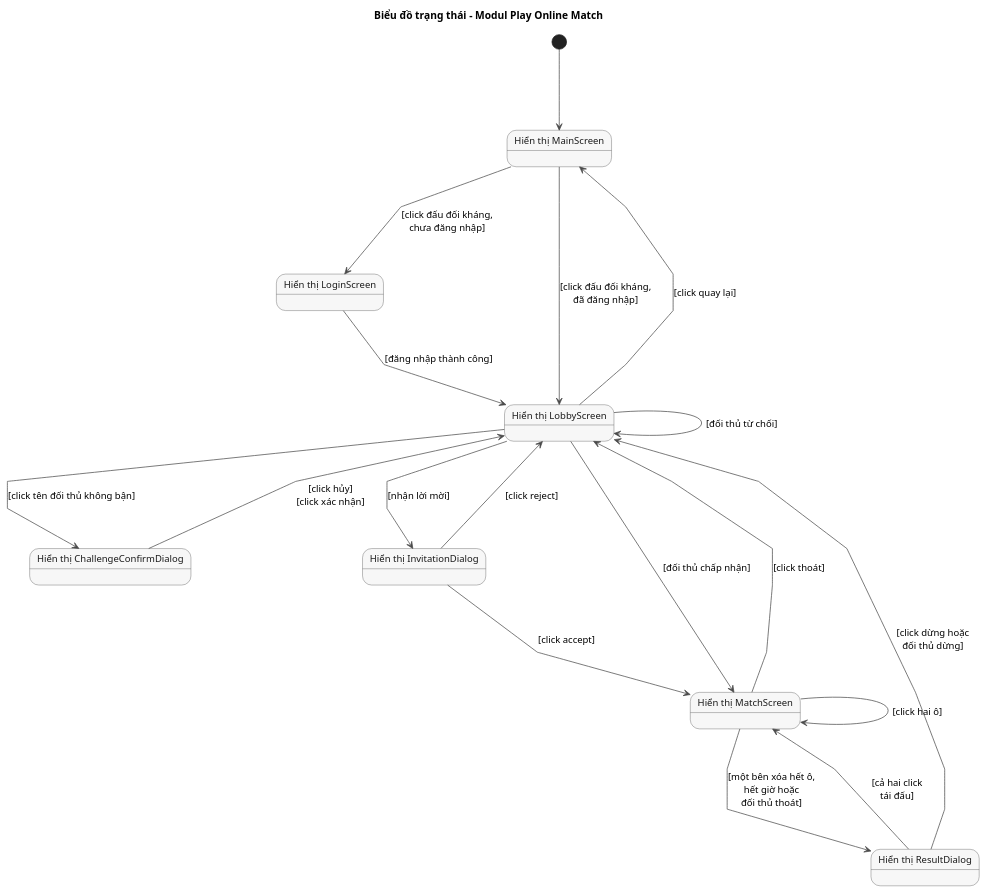
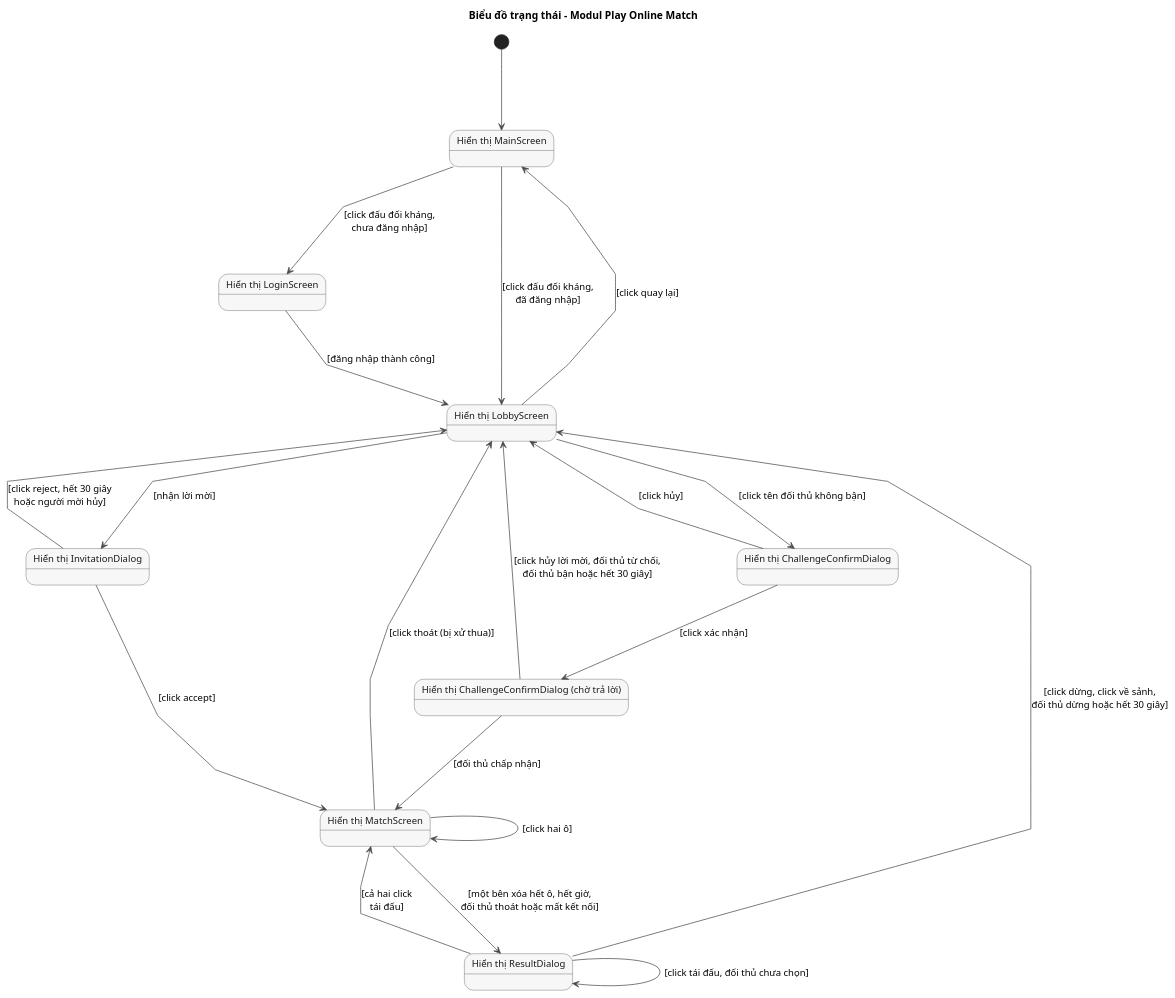
The diagram in docs/uml/pha2/state-m4.puml (VattenL/mobile-pikachu), drawn with PlantUML before and after one commit. The commit also changed 73 other files, not shown here.

```diff
--- a/docs/uml/pha2/state-m4.puml
+++ b/docs/uml/pha2/state-m4.puml
@@ -1,41 +1,44 @@
 @startuml state-m4
 title Biểu đồ trạng thái - Modul Play Online Match
 
 skinparam shadowing false
 skinparam linetype polyline
 skinparam defaultFontSize 13
 skinparam nodesep 120
 skinparam ranksep 110
 skinparam state {
   BackgroundColor #F7F7F7
   BorderColor #4A4A4A
   ArrowColor #4A4A4A
   FontColor #1A1A1A
 }
 
 state "Hiển thị MainScreen" as Main
 state "Hiển thị LoginScreen" as Login
 state "Hiển thị LobbyScreen" as Lobby
 state "Hiển thị ChallengeConfirmDialog" as Confirm
+state "Hiển thị ChallengeConfirmDialog (chờ trả lời)" as Waiting
 state "Hiển thị InvitationDialog" as Invitation
 state "Hiển thị MatchScreen" as Match
 state "Hiển thị ResultDialog" as Result
 
 [*] --> Main
 Main --> Login : [click đấu đối kháng,\nchưa đăng nhập]
 Login --> Lobby : [đăng nhập thành công]
 Main --> Lobby : [click đấu đối kháng,\nđã đăng nhập]
 Lobby --> Main : [click quay lại]
 Lobby --> Confirm : [click tên đối thủ không bận]
-Confirm --> Lobby : [click hủy]\n[click xác nhận]
-Lobby --> Lobby : [đối thủ từ chối]
+Confirm --> Lobby : [click hủy]
+Confirm --> Waiting : [click xác nhận]
+Waiting --> Lobby : [click hủy lời mời, đối thủ từ chối,\nđối thủ bận hoặc hết 30 giây]
+Waiting --> Match : [đối thủ chấp nhận]
 Lobby --> Invitation : [nhận lời mời]
-Invitation --> Lobby : [click reject]
+Invitation --> Lobby : [click reject, hết 30 giây\nhoặc người mời hủy]
 Invitation --> Match : [click accept]
-Lobby --> Match : [đối thủ chấp nhận]
 Match --> Match : [click hai ô]
-Match --> Lobby : [click thoát]
-Match --> Result : [một bên xóa hết ô,\nhết giờ hoặc\nđối thủ thoát]
+Match --> Lobby : [click thoát (bị xử thua)]
+Match --> Result : [một bên xóa hết ô, hết giờ,\nđối thủ thoát hoặc mất kết nối]
+Result --> Result : [click tái đấu, đối thủ chưa chọn]
 Result --> Match : [cả hai click\ntái đấu]
-Result --> Lobby : [click dừng hoặc\nđối thủ dừng]
+Result --> Lobby : [click dừng, click về sảnh,\nđối thủ dừng hoặc hết 30 giây]
 @enduml
```
